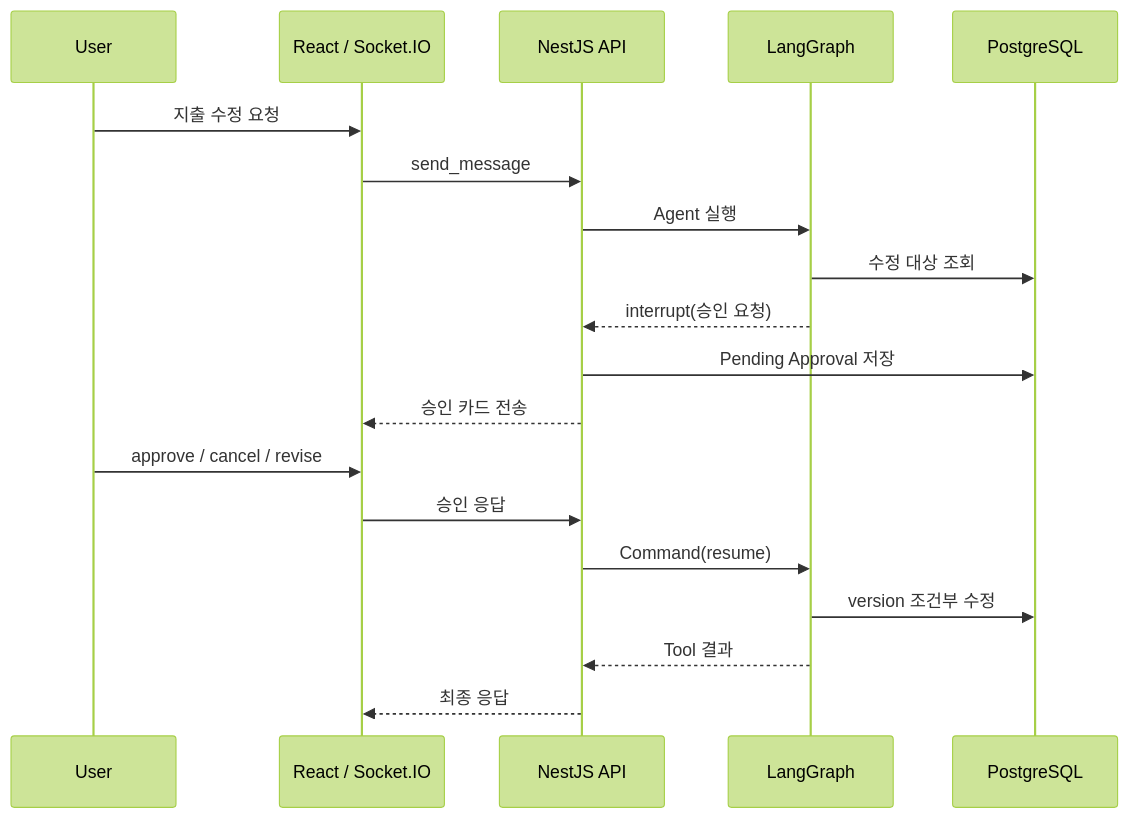
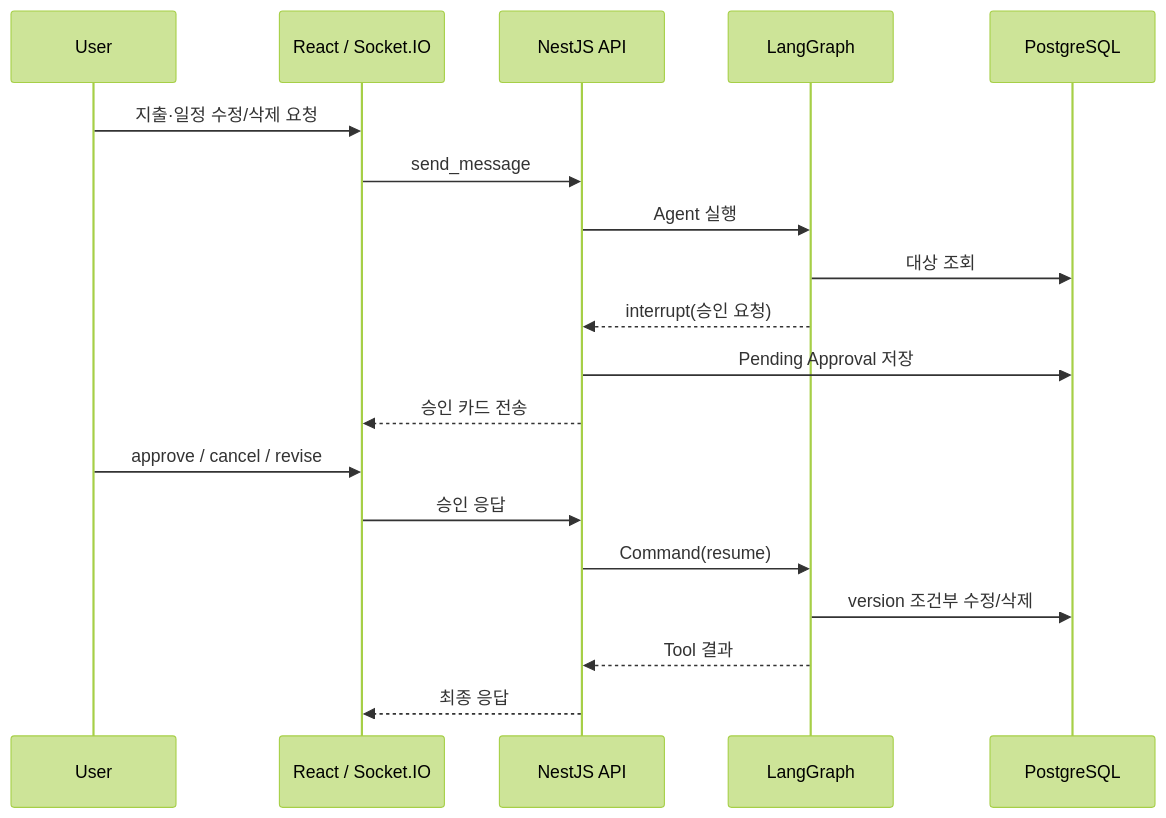
One commit to ITwoo/chat-ai-agent changed the first of 4 diagrams in README.md. Above: the diagram before and after it, drawn with Mermaid (forest theme). The commit also changed other lines of this file, not shown here.

````diff
--- a/README.md
+++ b/README.md
@@ -134,22 +149,22 @@
 ```mermaid
 sequenceDiagram
     participant U as User
     participant W as React / Socket.IO
     participant A as NestJS API
     participant G as LangGraph
     participant DB as PostgreSQL
 
-    U->>W: 지출 수정 요청
+    U->>W: 지출·일정 수정/삭제 요청
     W->>A: send_message
     A->>G: Agent 실행
-    G->>DB: 수정 대상 조회
+    G->>DB: 대상 조회
     G-->>A: interrupt(승인 요청)
     A->>DB: Pending Approval 저장
     A-->>W: 승인 카드 전송
     U->>W: approve / cancel / revise
     W->>A: 승인 응답
     A->>G: Command(resume)
-    G->>DB: version 조건부 수정
+    G->>DB: version 조건부 수정/삭제
     G-->>A: Tool 결과
     A-->>W: 최종 응답
 ```
````
